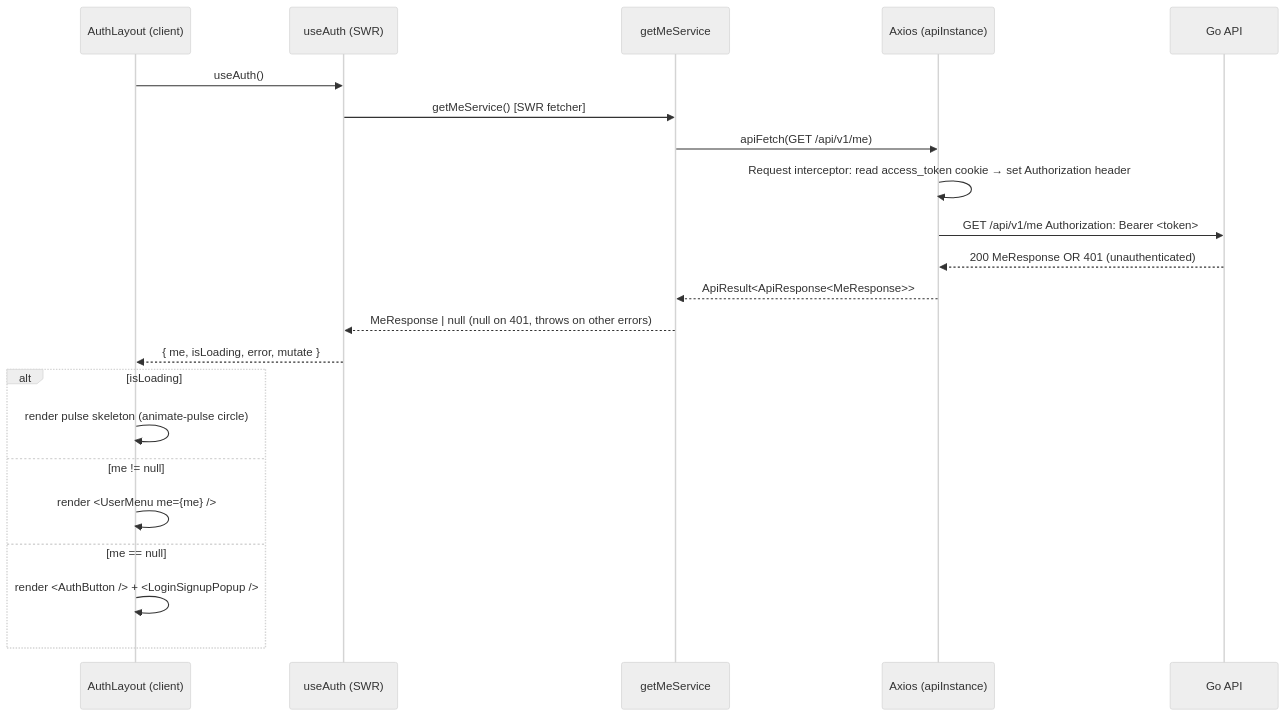
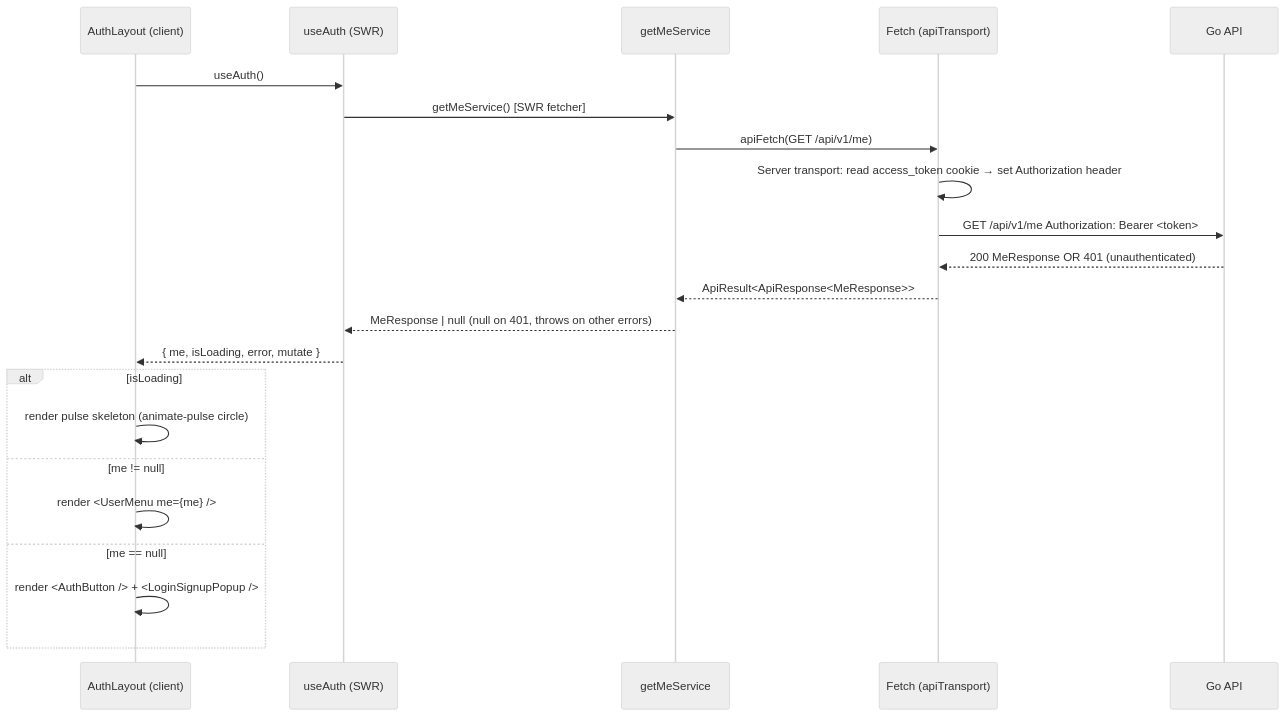
One commit to lkienkle11/fe-mycourse changed the third of 4 diagrams in docs/flow.md. Above: the diagram before and after it, drawn with Mermaid (neutral theme). The commit also changed other lines of this file and 18 other files, not shown here.

Commit message:
docs: document fetch-based api client architecture

````diff
--- a/docs/flow.md
+++ b/docs/flow.md
@@ -227,26 +227,26 @@
 ```mermaid
 sequenceDiagram
   participant AL as AuthLayout (client)
   participant UA as useAuth (SWR)
   participant GM as getMeService
-  participant AX as Axios (apiInstance)
+  participant AX as Fetch (apiTransport)
   participant API as Go API
 
   AL->>UA: useAuth()
   UA->>GM: getMeService() [SWR fetcher]
   GM->>AX: apiFetch(GET /api/v1/me)
-  AX->>AX: Request interceptor: read access_token cookie → set Authorization header
+  AX->>AX: Server transport: read access_token cookie → set Authorization header
   AX->>API: GET /api/v1/me  Authorization: Bearer <token>
   API-->>AX: 200 MeResponse  OR  401 (unauthenticated)
   AX-->>GM: ApiResult<ApiResponse<MeResponse>>
   GM-->>UA: MeResponse | null  (null on 401, throws on other errors)
   UA-->>AL: { me, isLoading, error, mutate }
 
   alt isLoading
     AL->>AL: render pulse skeleton (animate-pulse circle)
   else me != null
     AL->>AL: render <UserMenu me={me} />
   else me == null
     AL->>AL: render <AuthButton /> + <LoginSignupPopup />
   end
 ```
````
